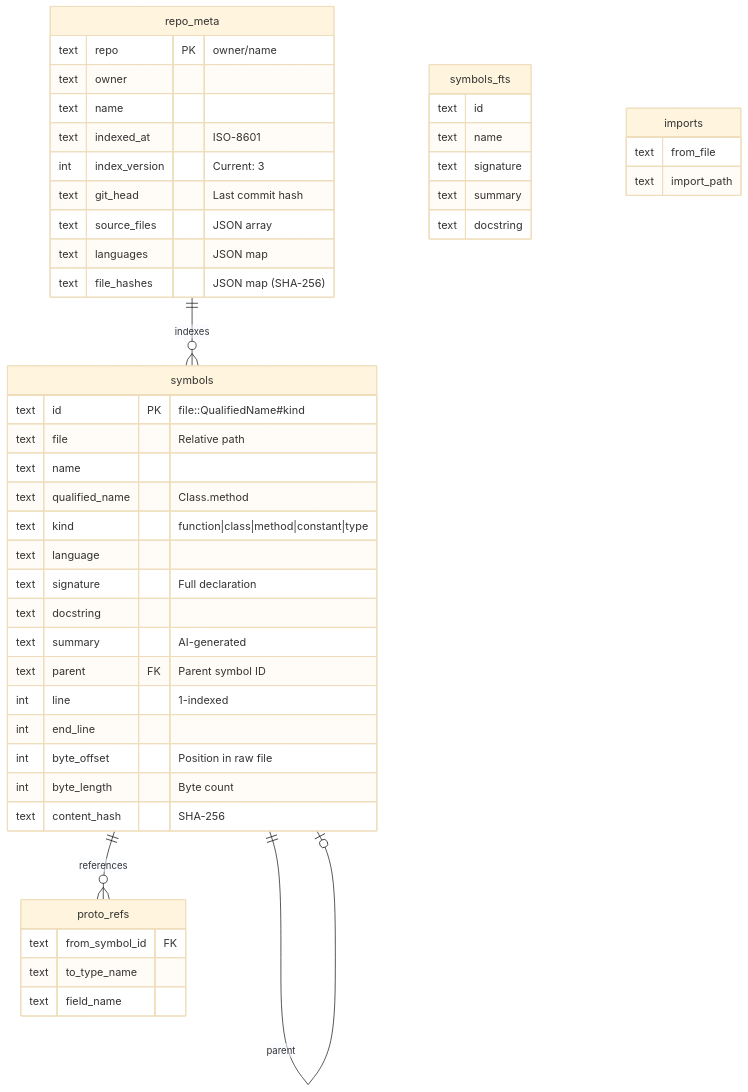
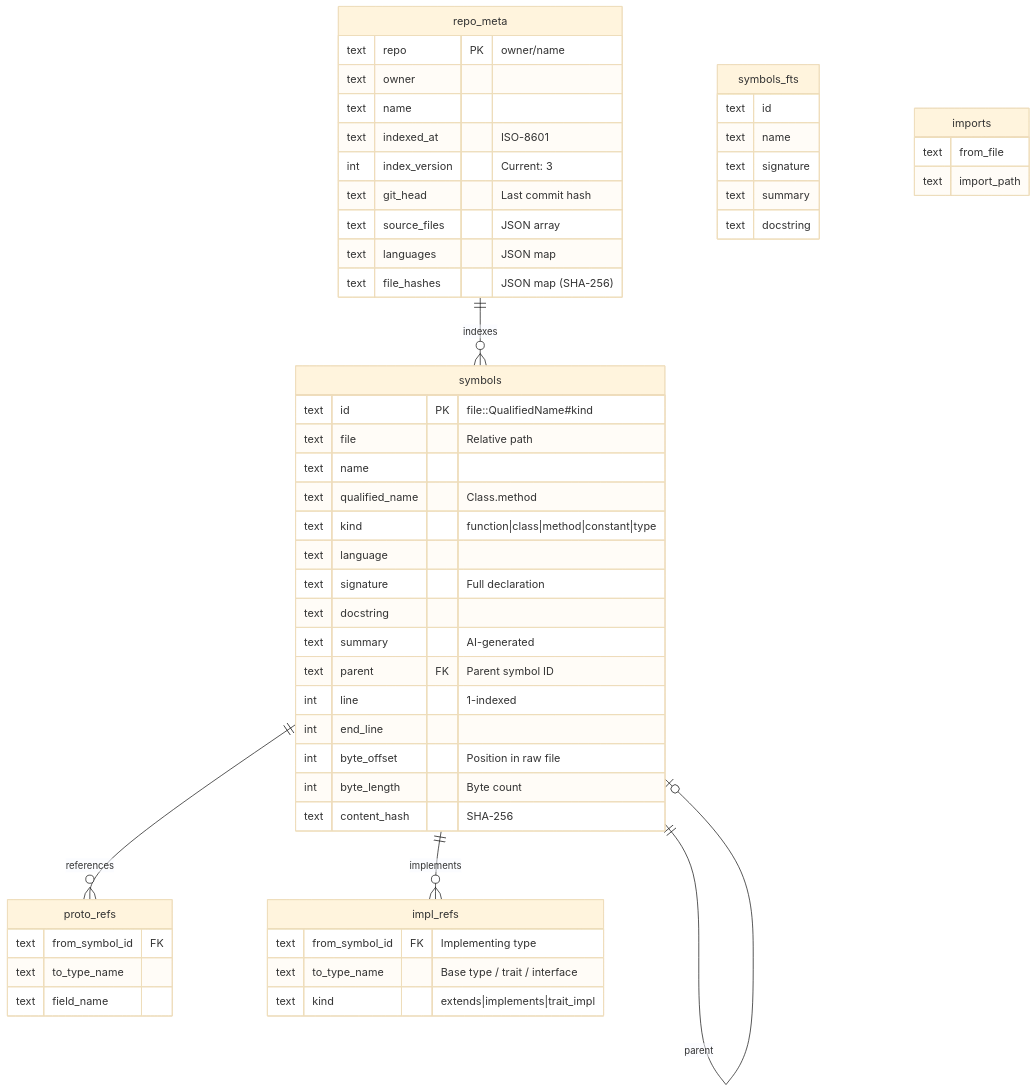
One commit to christophergutierrez/repomap changed the fourth of 11 diagrams in docs/ARCHITECTURE.md. Above: the diagram before and after it, drawn with Mermaid (base theme). The commit also changed other lines of this file and 1 other file, not shown here.

````diff
--- a/docs/ARCHITECTURE.md
+++ b/docs/ARCHITECTURE.md
@@ -185,55 +186,62 @@
 ```mermaid
 erDiagram
     repo_meta {
         text repo PK "owner/name"
         text owner
         text name
         text indexed_at "ISO-8601"
         int index_version "Current: 3"
         text git_head "Last commit hash"
         text source_files "JSON array"
         text languages "JSON map"
         text file_hashes "JSON map (SHA-256)"
     }
 
     symbols {
         text id PK "file::QualifiedName#kind"
         text file "Relative path"
         text name
         text qualified_name "Class.method"
         text kind "function|class|method|constant|type"
         text language
         text signature "Full declaration"
         text docstring
         text summary "AI-generated"
         text parent FK "Parent symbol ID"
         int line "1-indexed"
         int end_line
         int byte_offset "Position in raw file"
         int byte_length "Byte count"
         text content_hash "SHA-256"
     }
 
     symbols_fts {
         text id
         text name
         text signature
         text summary
         text docstring
     }
 
     proto_refs {
         text from_symbol_id FK
         text to_type_name
         text field_name
     }
 
     imports {
         text from_file
         text import_path
     }
 
+    impl_refs {
+        text from_symbol_id FK "Implementing type"
+        text to_type_name "Base type / trait / interface"
+        text kind "extends|implements|trait_impl"
+    }
+
     repo_meta ||--o{ symbols : "indexes"
     symbols ||--o| symbols : "parent"
     symbols ||--o{ proto_refs : "references"
+    symbols ||--o{ impl_refs : "implements"
 ```
````
